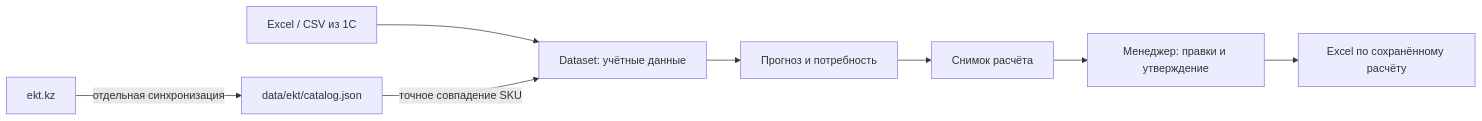
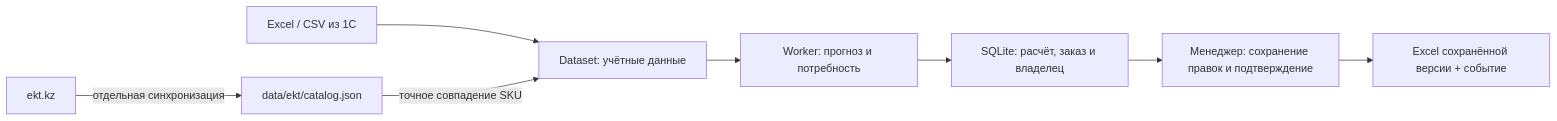
One commit to BAITC-Hacks/hack-a84ff6d0-hubtech changed the diagram in README.md. Above: the diagram before and after it, drawn with Mermaid. The commit also changed other lines of this file and 120 other files, not shown here.

````diff
--- a/README.md
+++ b/README.md
@@ -16,10 +26,10 @@
 ```mermaid
 flowchart LR
     X["Excel / CSV из 1С"] --> D["Dataset: учётные данные"]
     W["ekt.kz"] -->|отдельная синхронизация| J["data/ekt/catalog.json"]
     J -->|точное совпадение SKU| D
-    D --> E["Прогноз и потребность"]
-    E --> S["Снимок расчёта"]
-    S --> U["Менеджер: правки и утверждение"]
-    U --> F["Excel по сохранённому расчёту"]
+    D --> E["Worker: прогноз и потребность"]
+    E --> S["SQLite: расчёт, заказ и владелец"]
+    S --> U["Менеджер: сохранение правок и подтверждение"]
+    U --> F["Excel сохранённой версии + событие"]
 ```
````
